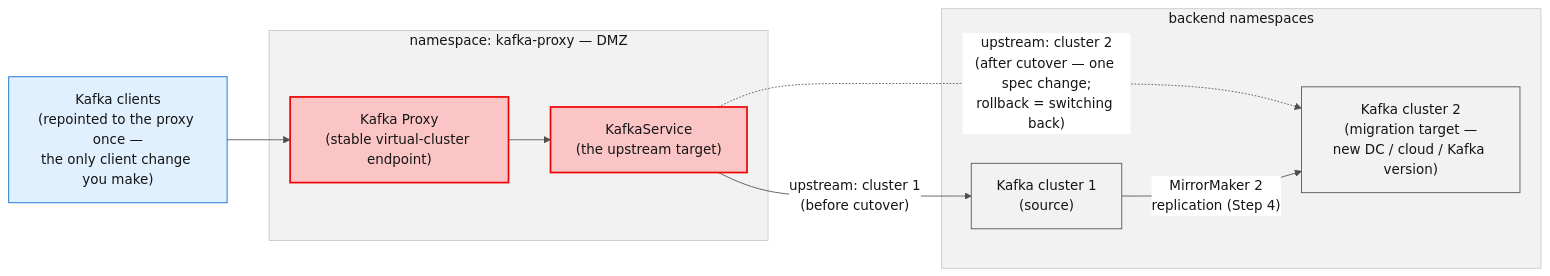
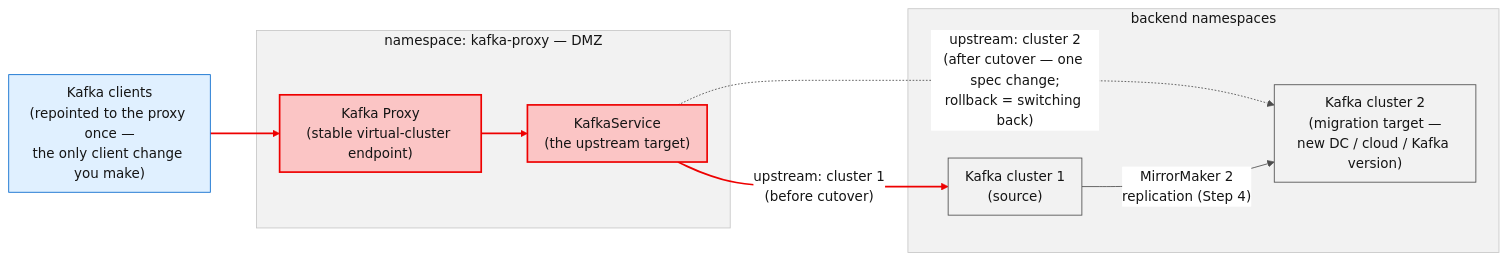
One commit to jcordes73/kafka-proxy-use-cases changed the seventh of 10 diagrams in README.md. Above: the diagram before and after it, drawn with Mermaid. The commit also changed other lines of this file and 11 other files, not shown here.

````diff
--- a/README.md
+++ b/README.md
@@ -359,24 +383,26 @@
 ```mermaid
-%%{init: {"theme":"base","themeVariables":{"fontFamily":"Red Hat Text, Red Hat Display, sans-serif","primaryColor":"#FFFFFF","primaryTextColor":"#151515","primaryBorderColor":"#C7C7C7","lineColor":"#4D4D4D","secondaryColor":"#F2F2F2","tertiaryColor":"#F2F2F2","clusterBkg":"#F2F2F2","clusterBorder":"#C7C7C7","edgeLabelBackground":"#FFFFFF","titleColor":"#151515"},"sequence":{"messageMargin":12,"noteMargin":5,"boxMargin":5,"boxTextMargin":3,"bottomMarginAdj":1,"mirrorActors":false}}}%%
+%%{init: {"theme":"base","themeVariables":{"fontFamily":"Red Hat Text, Red Hat Display, sans-serif","primaryColor":"#FFFFFF","primaryTextColor":"#151515","primaryBorderColor":"#C7C7C7","lineColor":"#4D4D4D","secondaryColor":"#F2F2F2","tertiaryColor":"#F2F2F2","clusterBkg":"#F2F2F2","clusterBorder":"#C7C7C7","edgeLabelBackground":"#FFFFFF","titleColor":"#151515"},"flowchart":{"curve":"basis","nodeSpacing":45,"rankSpacing":55,"padding":10}}}%%
 flowchart LR
     C["Kafka clients<br/>(repointed to the proxy once —<br/>the only client change you make)"]
     subgraph proxyNs["namespace: kafka-proxy — DMZ"]
         P["Kafka Proxy<br/>(stable virtual-cluster endpoint)"]
         KS["KafkaService<br/>(the upstream target)"]
     end
     subgraph backends["backend namespaces"]
         B1["Kafka cluster 1<br/>(source)"]
         B2["Kafka cluster 2<br/>(migration target —<br/>new DC / cloud / Kafka version)"]
     end
     C --> P
     P --> KS
     KS -- "upstream: cluster 1<br/>(before cutover)" --> B1
     KS -. "upstream: cluster 2<br/>(after cutover — one spec change;<br/>rollback = switching back)" .-> B2
     B1 -- "MirrorMaker 2<br/>replication (Step 4)" --> B2
 
-    style KS fill:#FBC5C5,stroke:#EE0000,stroke-width:2px
-    style P fill:#FBC5C5,stroke:#EE0000,stroke-width:2px
-    style C fill:#E0F0FF,stroke:#0066CC
-    style B1 fill:#F2F2F2,stroke:#4D4D4D
-    style B2 fill:#F2F2F2,stroke:#4D4D4D
+classDef red fill:#FBC5C5,stroke:#EE0000,stroke-width:2px
+classDef blue fill:#E0F0FF,stroke:#0066CC
+classDef gray fill:#F2F2F2,stroke:#4D4D4D
+class KS,P red
+class C blue
+class B1,B2 gray
+linkStyle 0,1,2 stroke:#EE0000,stroke-width:2px
 ```
````
